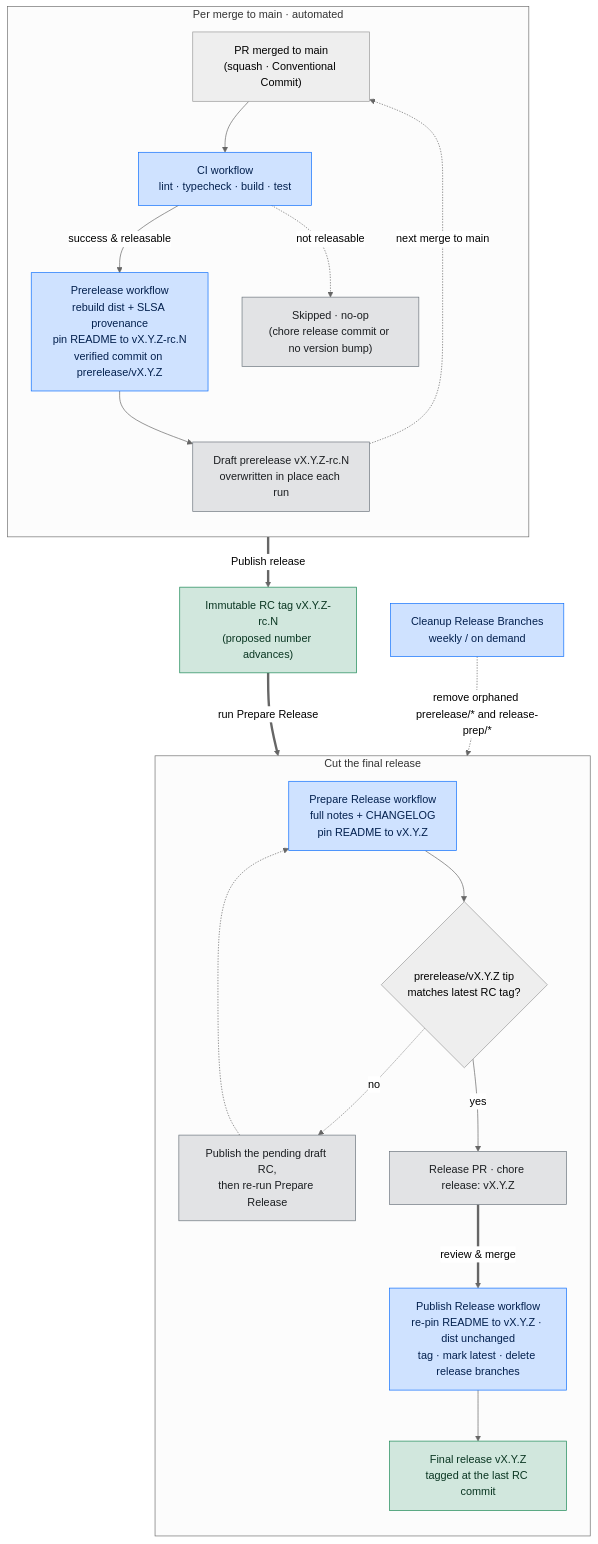
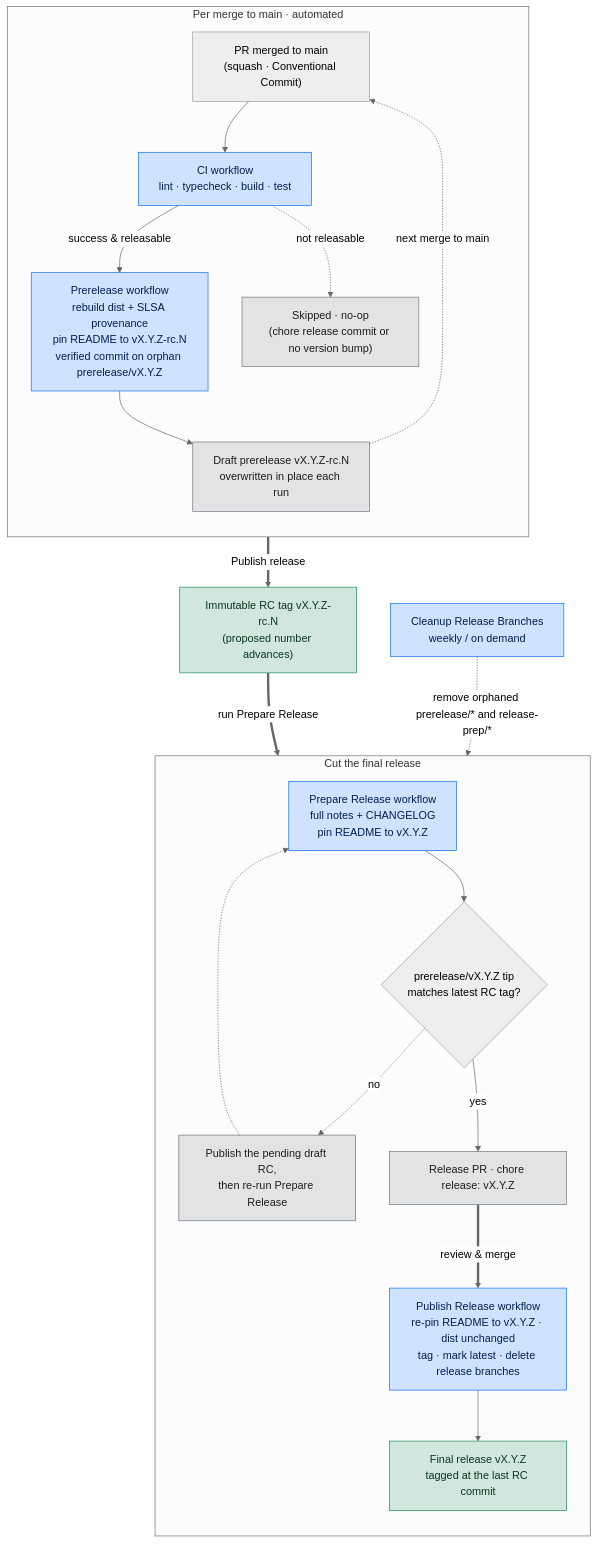
Before and after one commit to raven-actions/repo-files-sync: the diagram in .github/RELEASING.md, drawn with Mermaid (neutral theme). The commit also changed other lines of this file and 2 other files, not shown here.

Commit message:
refactor(release): use orphan branches (#139)

````diff
--- a/.github/RELEASING.md
+++ b/.github/RELEASING.md
@@ -12,47 +12,47 @@
 ```mermaid
 flowchart TD
     subgraph merge_cycle["Per merge to main · automated"]
         direction TB
         PR["PR merged to main<br/>(squash · Conventional Commit)"]
         CI["CI workflow<br/>lint · typecheck · build · test"]
         SKIP["Skipped · no-op<br/>(chore release commit or no version bump)"]
-        PRE["Prerelease workflow<br/>rebuild dist + SLSA provenance<br/>pin README to vX.Y.Z-rc.N<br/>verified commit on prerelease/vX.Y.Z"]
+        PRE["Prerelease workflow<br/>rebuild dist + SLSA provenance<br/>pin README to vX.Y.Z-rc.N<br/>verified commit on orphan prerelease/vX.Y.Z"]
         DRAFT["Draft prerelease vX.Y.Z-rc.N<br/>overwritten in place each run"]
         PR --> CI
         CI -->|"success & releasable"| PRE
         CI -.->|"not releasable"| SKIP
         PRE --> DRAFT
         DRAFT -.->|"next merge to main"| PR
     end
 
     RCTAG["Immutable RC tag vX.Y.Z-rc.N<br/>(proposed number advances)"]
 
     subgraph final_cut["Cut the final release"]
         direction TB
         PREP["Prepare Release workflow<br/>full notes + CHANGELOG<br/>pin README to vX.Y.Z"]
         VERIFY{"prerelease/vX.Y.Z tip<br/>matches latest RC tag?"}
         PUBFIRST["Publish the pending draft RC,<br/>then re-run Prepare Release"]
         RELPR["Release PR · chore release: vX.Y.Z"]
         PUB["Publish Release workflow<br/>re-pin README to vX.Y.Z · dist unchanged<br/>tag · mark latest · delete release branches"]
         FINAL["Final release vX.Y.Z<br/>tagged at the last RC commit"]
         PREP --> VERIFY
         VERIFY -.->|no| PUBFIRST
         VERIFY -->|yes| RELPR
         RELPR ==>|"review & merge"| PUB
         PUB --> FINAL
     end
 
     CLEAN["Cleanup Release Branches<br/>weekly / on demand"]
 
     DRAFT ==>|"Publish release"| RCTAG
     RCTAG ==>|"run Prepare Release"| PREP
     PUBFIRST -.-> PREP
     CLEAN -.->|"remove orphaned prerelease/* and release-prep/*"| FINAL
 
     classDef auto fill:#cfe2ff,stroke:#0d6efd,color:#03204e;
     classDef artifact fill:#d1e7dd,stroke:#198754,color:#0a3622;
     classDef neutral fill:#e2e3e5,stroke:#6c757d,color:#1b1e21;
     class CI,PRE,PREP,PUB,CLEAN auto;
     class RCTAG,FINAL artifact;
     class DRAFT,SKIP,PUBFIRST,RELPR neutral;
 ```
````
